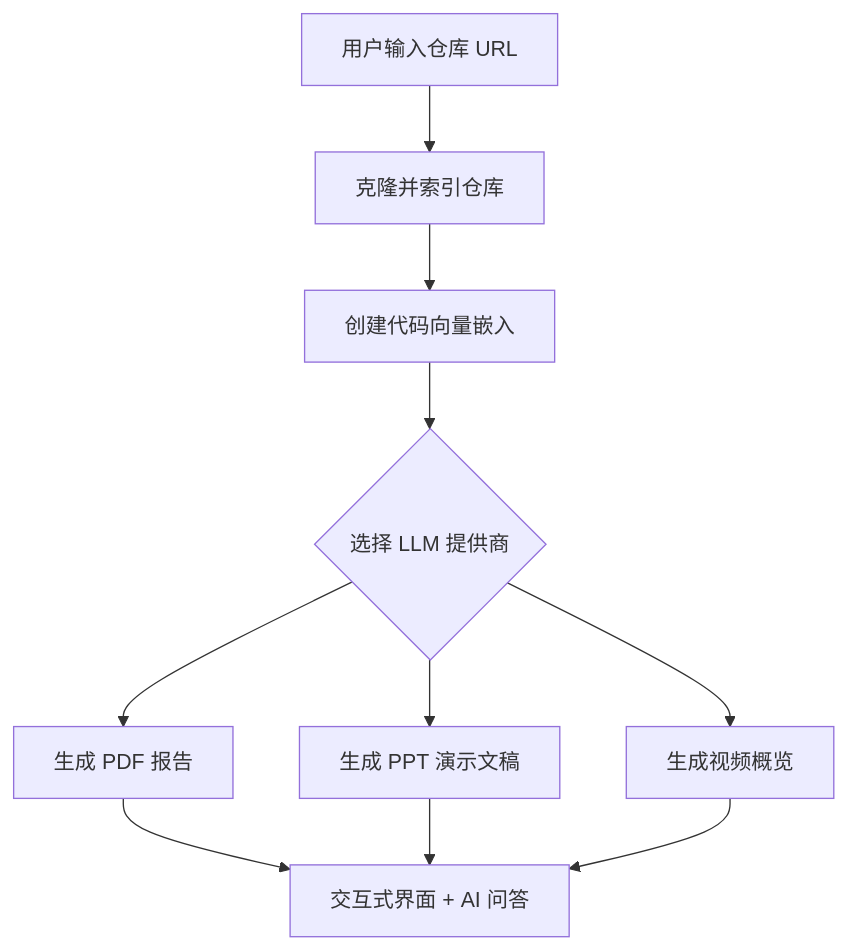
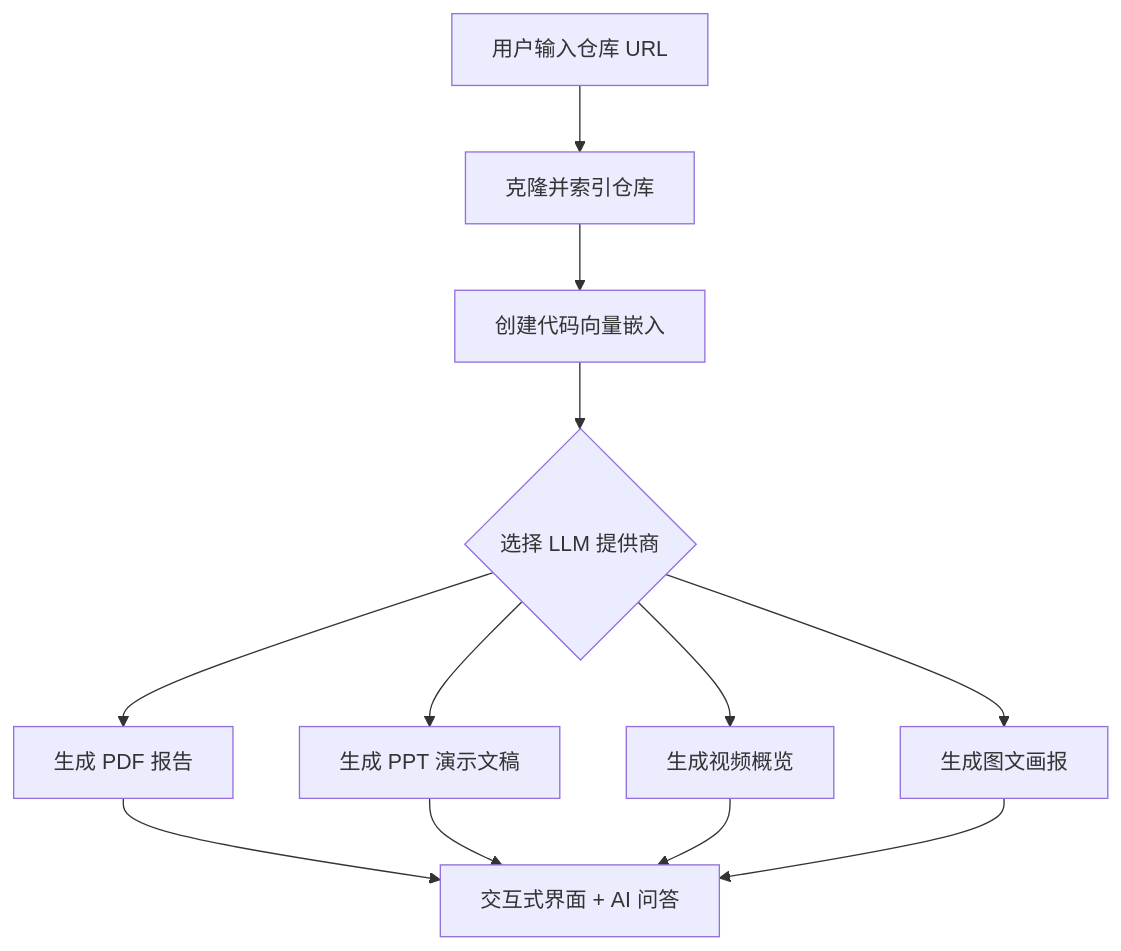
The second of 2 diagrams in README.md (TeresaLin0725/CS5260_Group12_RepoAgent), drawn with Mermaid before and after one commit. The commit also changed other lines of this file and 118 other files, not shown here.

````diff
--- a/README.md
+++ b/README.md
@@ -282,12 +405,14 @@
 ```mermaid
 graph TD
     A[用户输入仓库 URL] --> B[克隆并索引仓库]
     B --> C[创建代码向量嵌入]
     C --> D{选择 LLM 提供商}
     D --> E[生成 PDF 报告]
     D --> F[生成 PPT 演示文稿]
     D --> G[生成视频概览]
-    E --> H[交互式界面 + AI 问答]
-    F --> H
-    G --> H
+    D --> H[生成图文画报]
+    E --> I[交互式界面 + AI 问答]
+    F --> I
+    G --> I
+    H --> I
 ```
````
